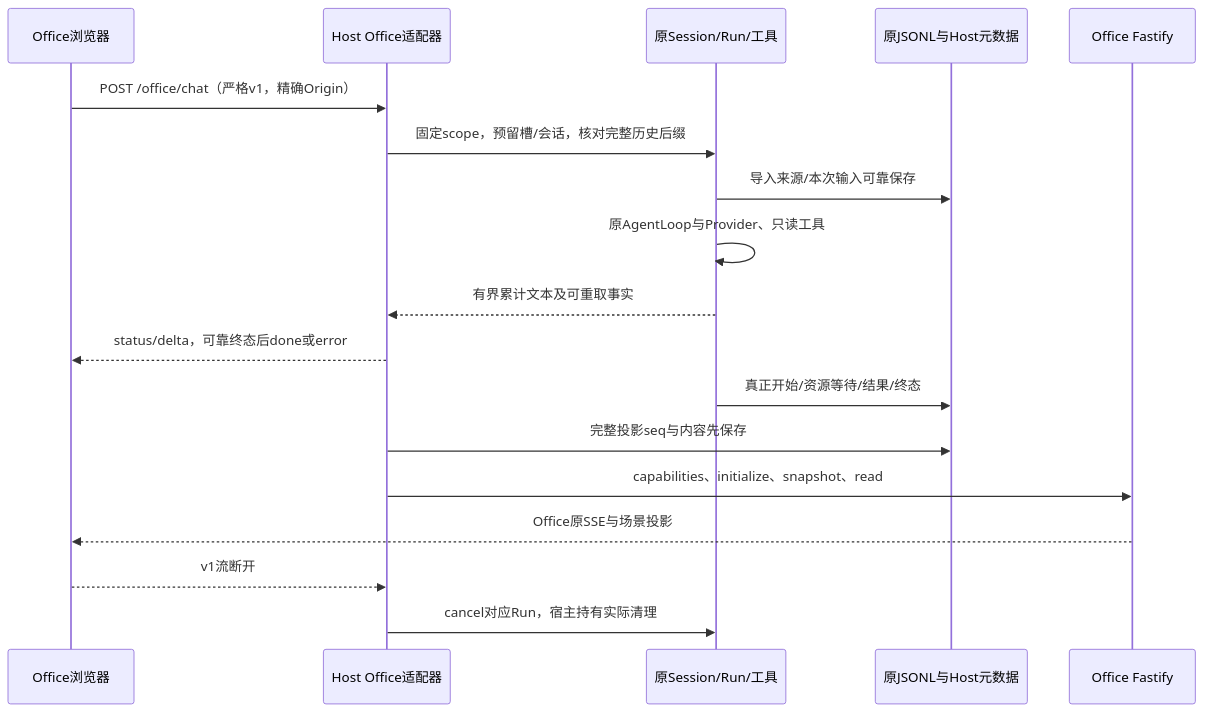
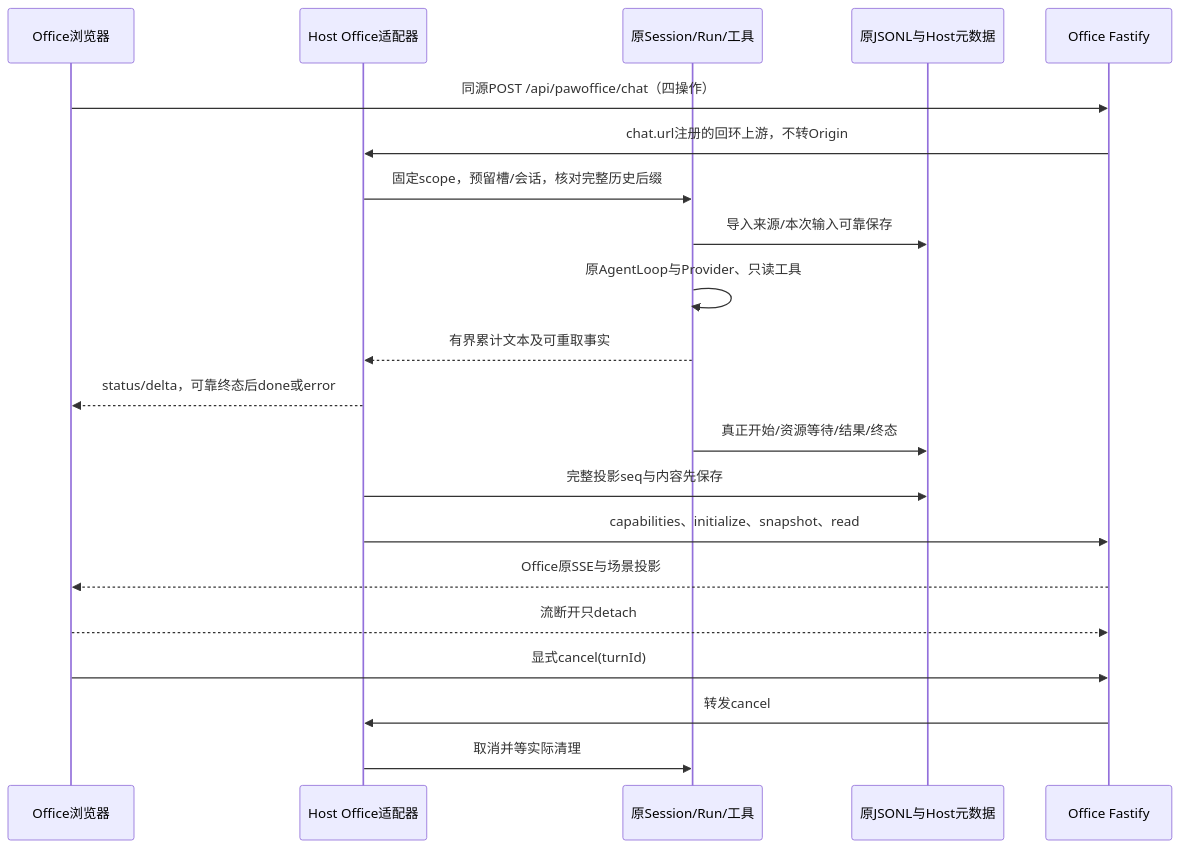
One commit to KunlunMeta-Limited/openpaw changed the fourth of 4 diagrams in docs/design/软件设计说明.md. Above: the diagram before and after it, drawn with Mermaid. The commit also changed other lines of this file and 27 other files, not shown here.

```diff
--- a/docs/design/软件设计说明.md
+++ b/docs/design/软件设计说明.md
@@ -184,20 +185,23 @@
 ~~~mermaid
 sequenceDiagram
     participant B as Office浏览器
     participant H as Host Office适配器
     participant R as 原Session/Run/工具
     participant S as 原JSONL与Host元数据
     participant F as Office Fastify
-    B->>H: POST /office/chat（严格v1，精确Origin）
+    B->>F: 同源POST /api/pawoffice/chat（四操作）
+    F->>H: chat.url注册的回环上游，不转Origin
     H->>R: 固定scope，预留槽/会话，核对完整历史后缀
     R->>S: 导入来源/本次输入可靠保存
     R->>R: 原AgentLoop与Provider、只读工具
     R-->>H: 有界累计文本及可重取事实
     H-->>B: status/delta，可靠终态后done或error
     R->>S: 真正开始/资源等待/结果/终态
     H->>S: 完整投影seq与内容先保存
     H->>F: capabilities、initialize、snapshot、read
     F-->>B: Office原SSE与场景投影
-    B-->>H: v1流断开
-    H->>R: cancel对应Run，宿主持有实际清理
+    B-->>F: 流断开只detach
+    B->>F: 显式cancel(turnId)
+    F->>H: 转发cancel
+    H->>R: 取消并等实际清理
 ~~~
```
